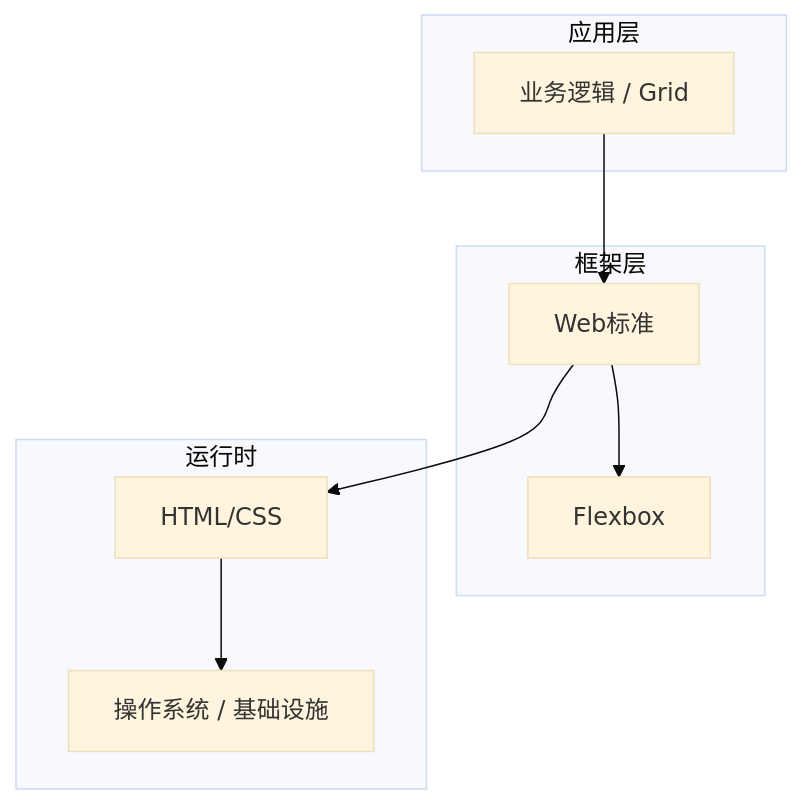
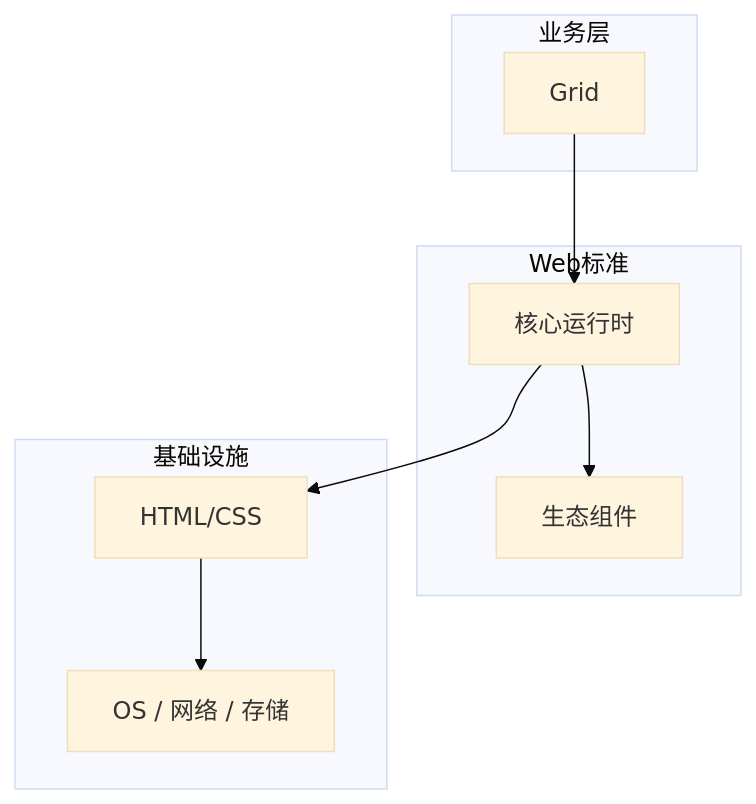
One commit to yanggan2015/knowledge-json-v2 changed the diagram in articles/HTML与CSS/chapters/079-Grid核心概念与原理.md. Above: the diagram before and after it, drawn with Mermaid (base theme). The commit also changed other lines of this file and 10127 other files, not shown here.

````diff
--- a/articles/HTML与CSS/chapters/079-Grid核心概念与原理.md
+++ b/articles/HTML与CSS/chapters/079-Grid核心概念与原理.md
@@ -45,18 +34,18 @@
 ```mermaid
 graph TB
-    subgraph 应用层
-        A[业务逻辑 / Grid]
+    subgraph 业务层
+        A[Grid]
     end
-    subgraph 框架层
-        B[Web标准]
-        C[Flexbox]
+    subgraph Web标准
+        B[核心运行时]
+        C[生态组件]
     end
-    subgraph 运行时
+    subgraph 基础设施
         D[HTML/CSS]
-        E[操作系统 / 基础设施]
+        E[OS / 网络 / 存储]
     end
     A --> B
     B --> C
     B --> D
     D --> E
 ```
````
